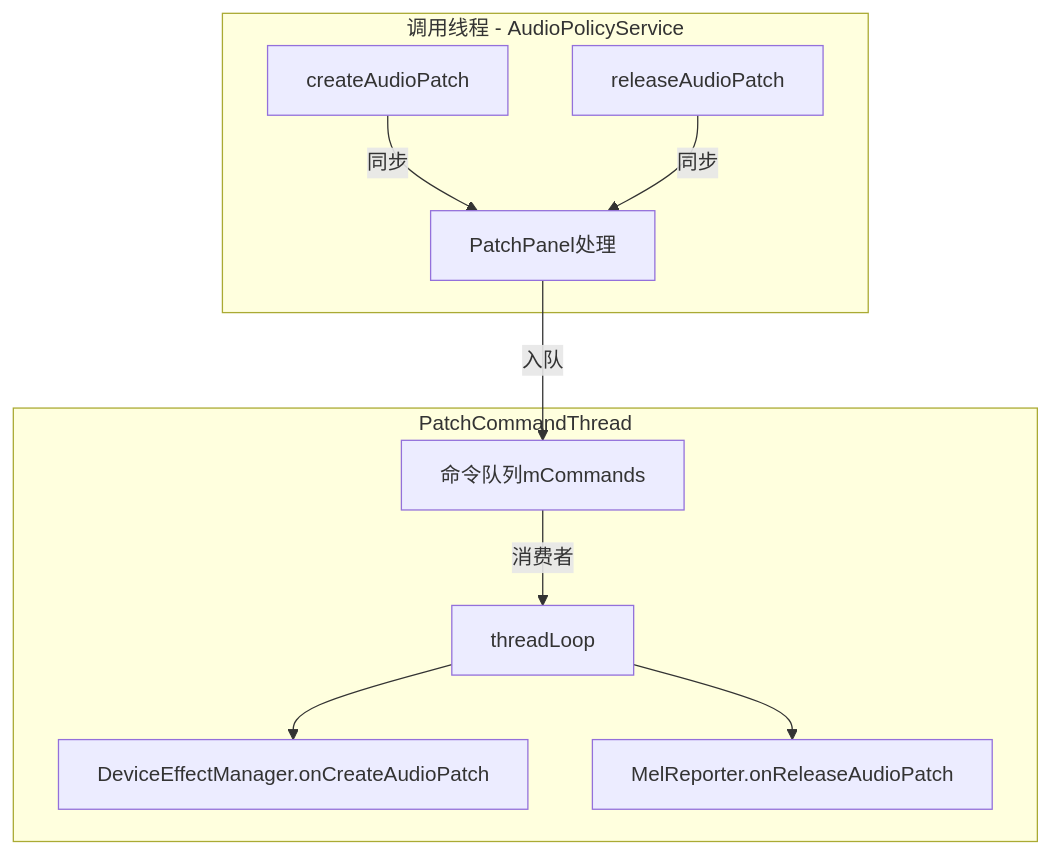
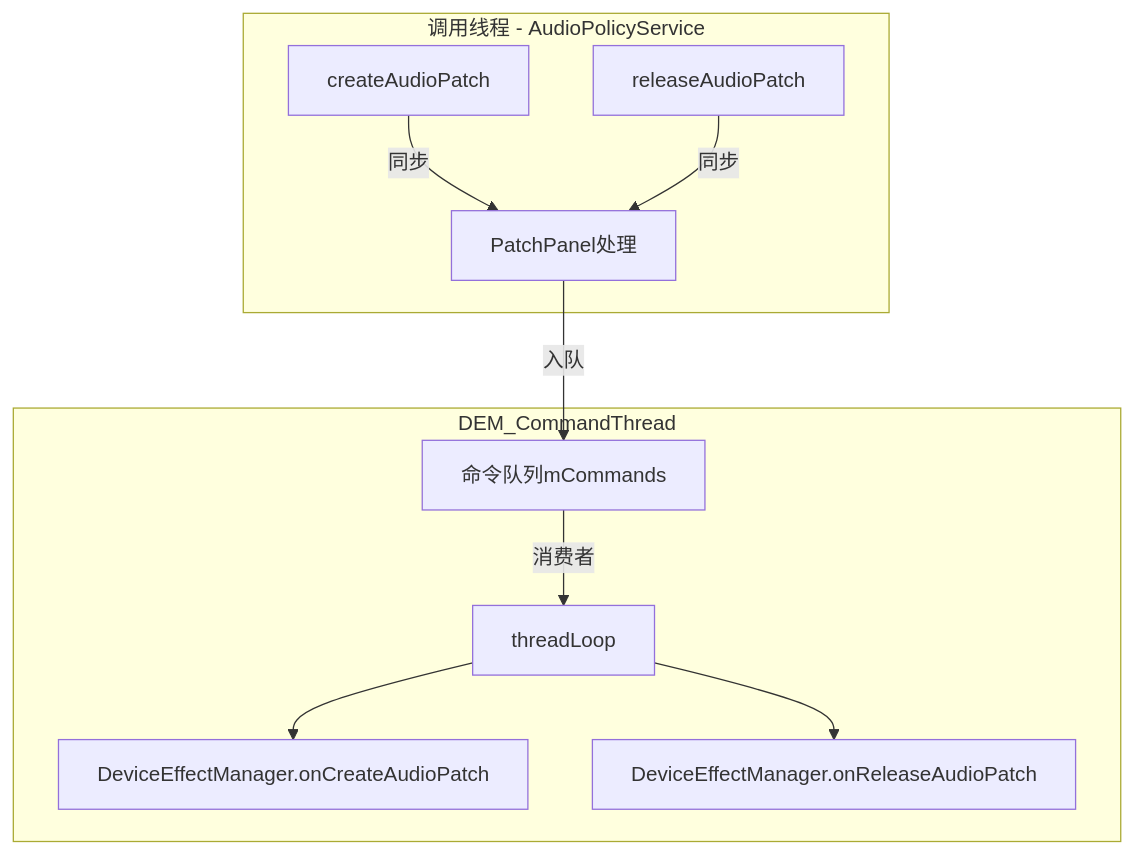
The fifth of 6 diagrams in 05_AudioFlinger/05_5.6_PatchPanel-音频路由管理.md (yanglinzhen1022/SA8295_AAOS_QNX_Audio_KnowledgeBase), drawn with Mermaid before and after one commit. The commit also changed other lines of this file and 12 other files, not shown here.

````diff
--- a/05_AudioFlinger/05_5.6_PatchPanel-音频路由管理.md
+++ b/05_AudioFlinger/05_5.6_PatchPanel-音频路由管理.md
@@ -735,14 +722,14 @@
 ```mermaid
 graph TB
     subgraph 调用线程 - AudioPolicyService
         CP[createAudioPatch] --> |同步| PP[PatchPanel处理]
         RP[releaseAudioPatch] --> |同步| PP
     end
 
-    subgraph PatchCommandThread
+    subgraph DEM_CommandThread
         PP --> |入队| CMD[命令队列mCommands]
         CMD --> |消费者| TL[threadLoop]
         TL --> L1[DeviceEffectManager.onCreateAudioPatch]
-        TL --> L2[MelReporter.onReleaseAudioPatch]
+        TL --> L2[DeviceEffectManager.onReleaseAudioPatch]
     end
 ```
````
